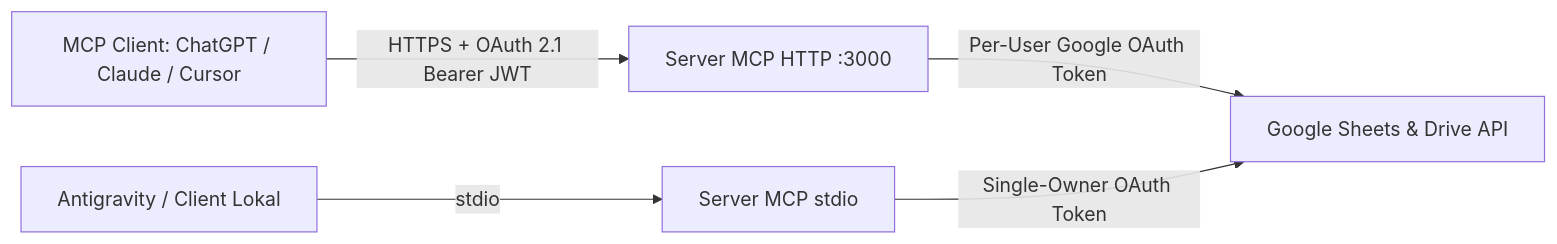
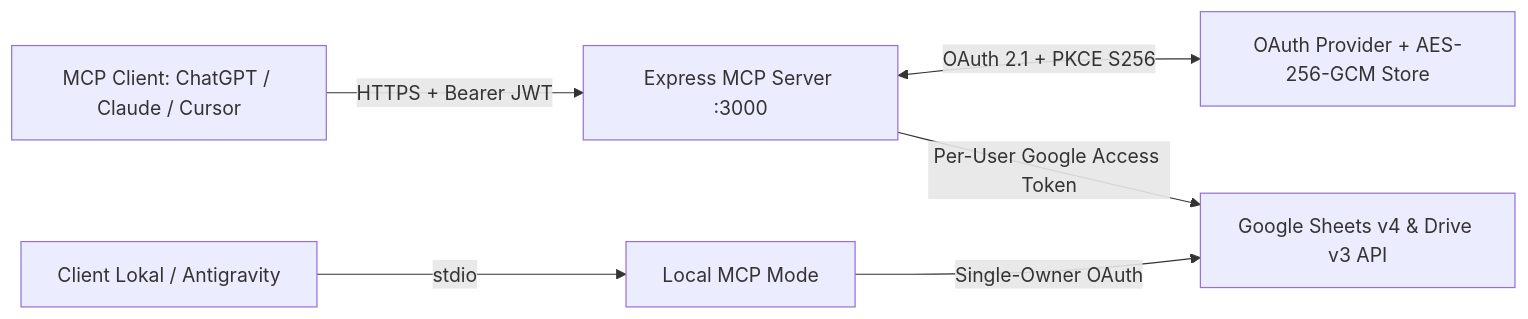
The diagram in README.md (IlalIlhamdi/google-sheets-mcp), drawn with Mermaid before and after one commit. The commit also changed other lines of this file, not shown here.

````diff
--- a/README.md
+++ b/README.md
@@ -39,7 +54,8 @@
 ```mermaid
 flowchart LR
-  C[MCP Client: ChatGPT / Claude / Cursor] -->|HTTPS + OAuth 2.1 Bearer JWT| H[Server MCP HTTP :3000]
-  A[Antigravity / Client Lokal] -->|stdio| S[Server MCP stdio]
-  H -->|Per-User Google OAuth Token| G[Google Sheets & Drive API]
-  S -->|Single-Owner OAuth Token| G
+  U[MCP Client: ChatGPT / Claude / Cursor] -->|HTTPS + Bearer JWT| H[Express MCP Server :3000]
+  H <-->|OAuth 2.1 + PKCE S256| O[OAuth Provider + AES-256-GCM Store]
+  H -->|Per-User Google Access Token| G[Google Sheets v4 & Drive v3 API]
+  L[Client Lokal / Antigravity] -->|stdio| S[Local MCP Mode]
+  S -->|Single-Owner OAuth| G
 ```
````
